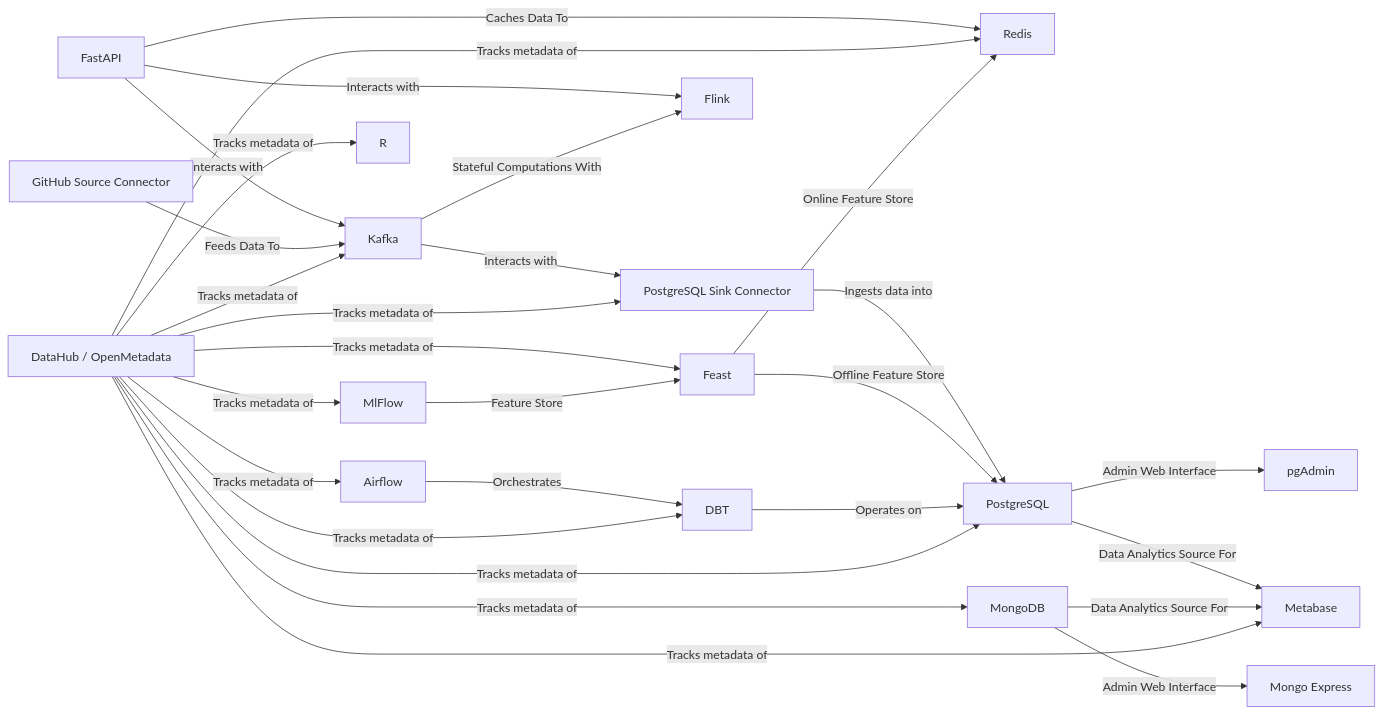
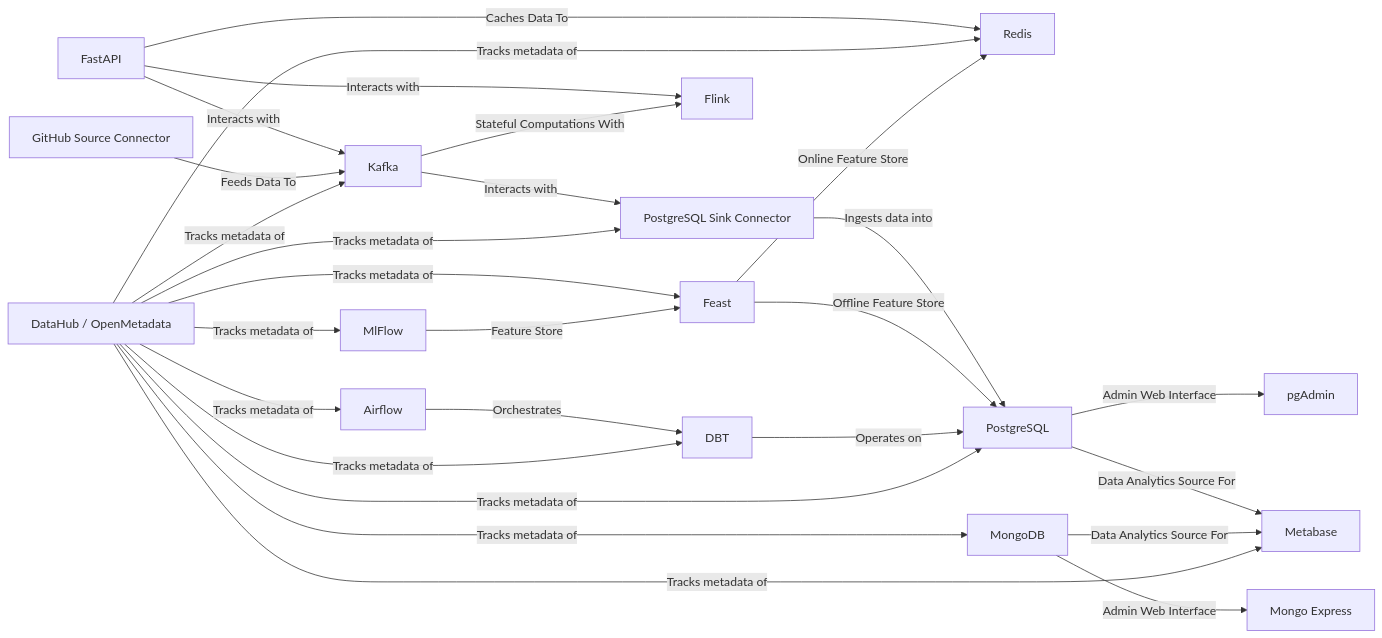
One commit to Foehammer82/tech-terrarium changed the diagram in README.md. Above: the diagram before and after it, drawn with Mermaid.

Commit message:
moving to json for kafka auditing serialization, but focus on being able to switch or choose avro vs json to make adoption easier later.

````diff
--- a/README.md
+++ b/README.md
@@ -10,30 +10,29 @@
 ```mermaid
 graph LR
     A[FastAPI] -->|Caches Data To| B[Redis]
     A -->|Interacts with| D[Kafka]
     F[GitHub Source Connector] -->|Feeds Data To| D
     D -->|Interacts with| E[PostgreSQL Sink Connector]
     E -->|Ingests data into| L[PostgreSQL]
     U -->|Offline Feature Store| L
     L -->|Admin Web Interface| M[pgAdmin]
     A -->|Interacts with| G
     D -->|Stateful Computations With| G[Flink]
     L -->|Data Analytics Source For| K[Metabase]
     I[MongoDB] -->|Admin Web Interface| J[Mongo Express]
     I -->|Data Analytics Source For| K
     O[Airflow] -->|Orchestrates| P[DBT]
     P -->|Operates on| L
     Q[DataHub / OpenMetadata] -->|Tracks metadata of| B
     Q -->|Tracks metadata of| I
     Q -->|Tracks metadata of| L
     Q -->|Tracks metadata of| K
     Q -->|Tracks metadata of| O
     Q -->|Tracks metadata of| T[MlFlow]
     Q -->|Tracks metadata of| E
     Q -->|Tracks metadata of| D
     Q -->|Tracks metadata of| P
     Q -->|Tracks metadata of| U
-    Q -->|Tracks metadata of| R
     T -->|Feature Store| U[Feast]
     U -->|Online Feature Store| B
 ```
````
